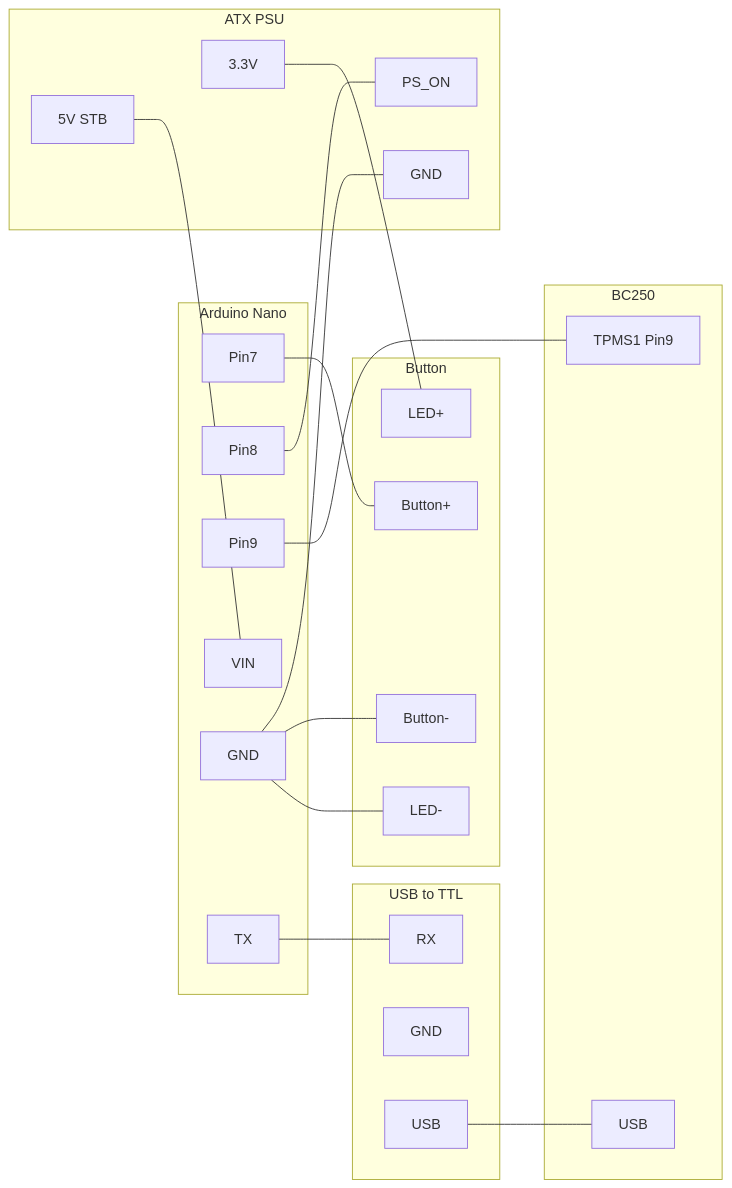
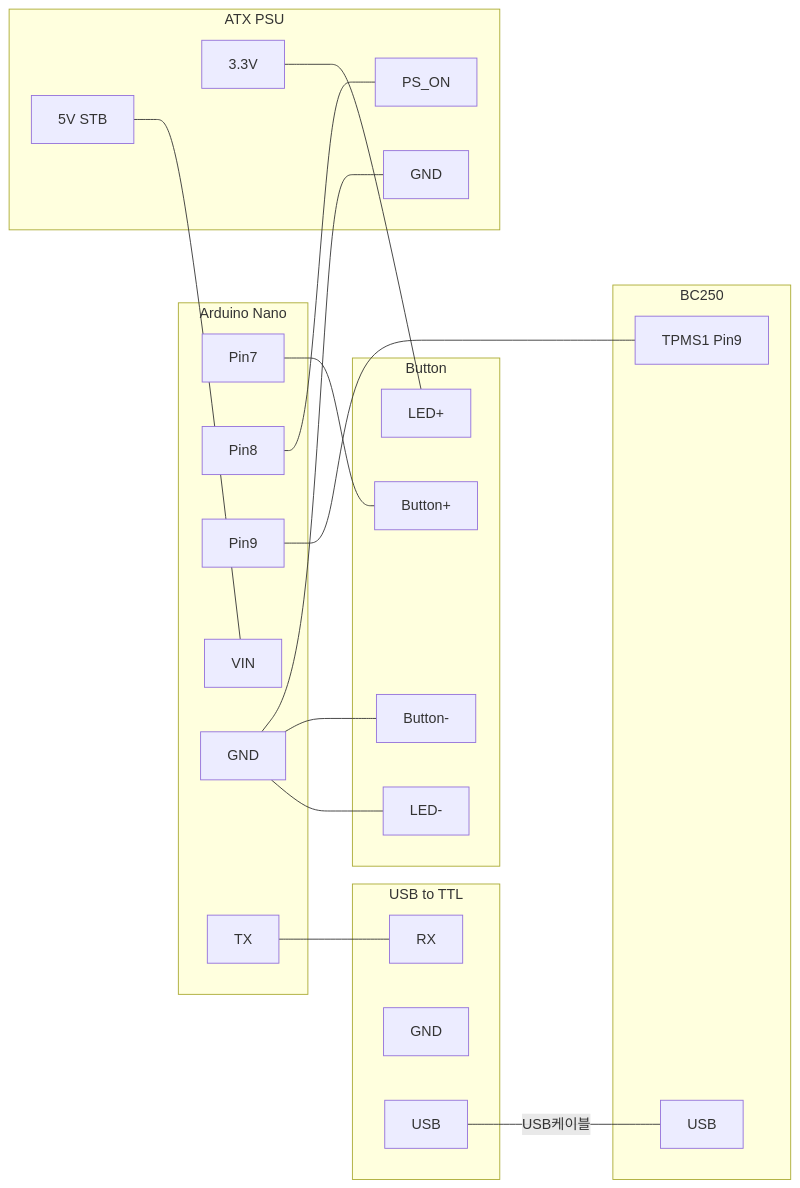
The second of 2 diagrams in README.md (coolsolgit/BC250-ATX-PSU-Control), drawn with Mermaid before and after one commit.

````diff
--- a/README.md
+++ b/README.md
@@ -55,42 +55,42 @@
 ```mermaid
 flowchart LR
   subgraph Arduino Nano
     P7[Pin7]
     P8[Pin8]
     P9[Pin9]
     VIN[VIN]
     AGND[GND]
     TX[TX]
   end
   subgraph USB to TTL
     RX[RX]
     UGND[GND]
     UUSB[USB]
   end
   subgraph ATX PSU
     5V[5V STB]
     3.3V[3.3V]
     PS_ON[PS_ON]
     PGND[GND]
   end
   subgraph Button
     BTN1[Button+]
     BTN2[Button-]
     LED1[LED+]
     LED2[LED-]
   end
   subgraph BC250
     TPMS[TPMS1 Pin9]
     BUSB[USB]
   end
-  UUSB --- BUSB
+  UUSB ---|USB케이블| BUSB
   TX --- RX
 P7 --- BTN1
 P8 --- PS_ON
 P9 --- TPMS
 AGND --- PGND
 AGND --- BTN2
 AGND --- LED2
 3.3V --- LED1
 5V --- VIN
 ```
````
